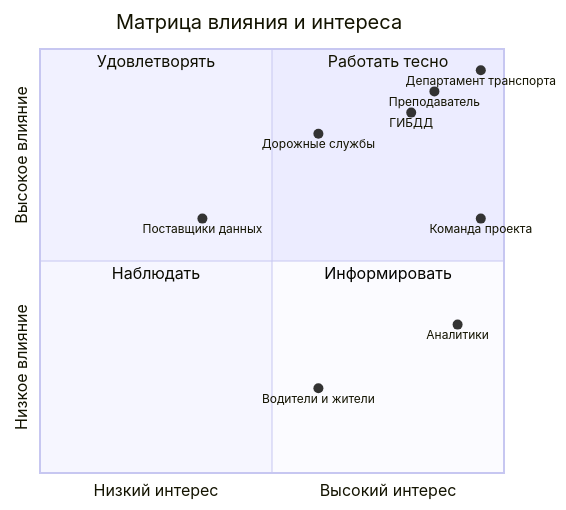
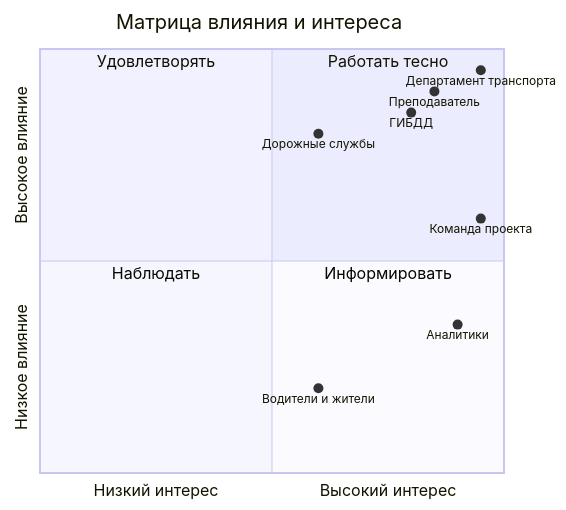
One commit to renvoid72/pm-lab-5-CIA changed the diagram in docs/stakeholders.md. Above: the diagram before and after it, drawn with Mermaid. The commit also changed other lines of this file, not shown here.

Commit message:
Обновил stakeholders.md

````diff
--- a/docs/stakeholders.md
+++ b/docs/stakeholders.md
@@ -20,18 +19,17 @@
 ```mermaid
 quadrantChart
     title Матрица влияния и интереса
     x-axis Низкий интерес --> Высокий интерес
     y-axis Низкое влияние --> Высокое влияние
     quadrant-1 Работать тесно
     quadrant-2 Удовлетворять
     quadrant-3 Наблюдать
     quadrant-4 Информировать
     Департамент транспорта: [0.95, 0.95]
     ГИБДД: [0.8, 0.85]
     Преподаватель: [0.85, 0.9]
     Дорожные службы: [0.6, 0.8]
     Команда проекта: [0.95, 0.6]
     Аналитики: [0.9, 0.35]
-    Поставщики данных: [0.35, 0.6]
     Водители и жители: [0.6, 0.2]
 ```
````
